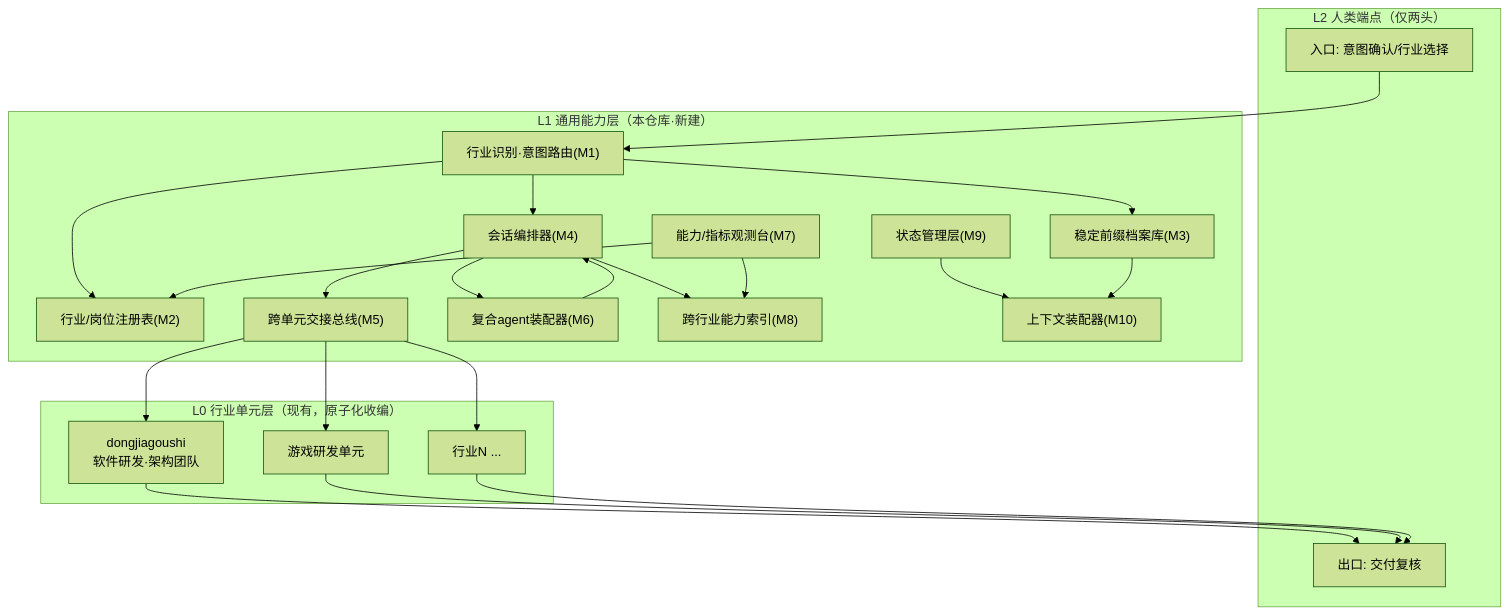
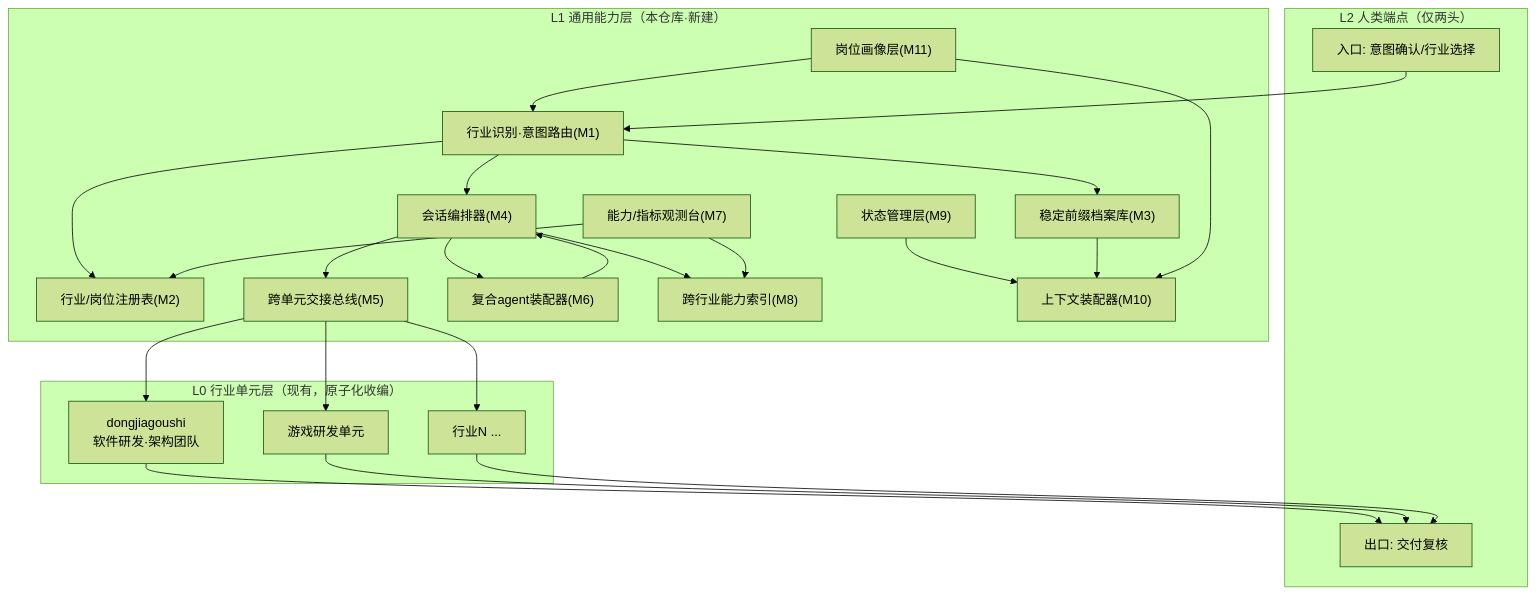
The diagram in docs/architecture/ARCHITECTURE.md (haodongzhang022-hue/hanghangchuzhuangyuan), drawn with Mermaid (forest theme) before and after one commit. The commit also changed other lines of this file and 55 other files, not shown here.

````diff
--- a/docs/architecture/ARCHITECTURE.md
+++ b/docs/architecture/ARCHITECTURE.md
@@ -20,33 +20,35 @@
 ```mermaid
 flowchart TB
     subgraph L2["L2 人类端点（仅两头）"]
         IN["入口: 意图确认/行业选择"]
         OUT["出口: 交付复核"]
     end
     subgraph L1["L1 通用能力层（本仓库·新建）"]
         GATE["行业识别·意图路由(M1)"]
         REG["行业/岗位注册表(M2)"]
         PREF["稳定前缀档案库(M3)"]
         ORCH["会话编排器(M4)"]
         HUB["跨单元交接总线(M5)"]
         COMP["复合agent装配器(M6)"]
         MTR["能力/指标观测台(M7)"]
         IDX["跨行业能力索引(M8)"]
         STA["状态管理层(M9)"]
         CTX["上下文装配器(M10)"]
+        ROL["岗位画像层(M11)"]
     end
     subgraph L0["L0 行业单元层（现有，原子化收编）"]
         U1["dongjiagoushi<br/>软件研发·架构团队"]
         U2["游戏研发单元"]
         UN["行业N ..."]
     end
     IN --> GATE
     GATE --> REG & PREF & ORCH
     ORCH --> HUB & COMP & IDX
     HUB --> U1 & U2 & UN
     COMP --> ORCH
     MTR --> REG & IDX
     STA --> CTX
     PREF --> CTX
+    ROL --> GATE & CTX
     U1 & U2 & UN --> OUT
 ```
````
